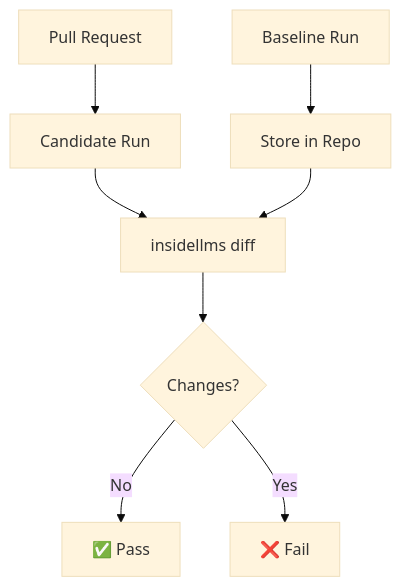
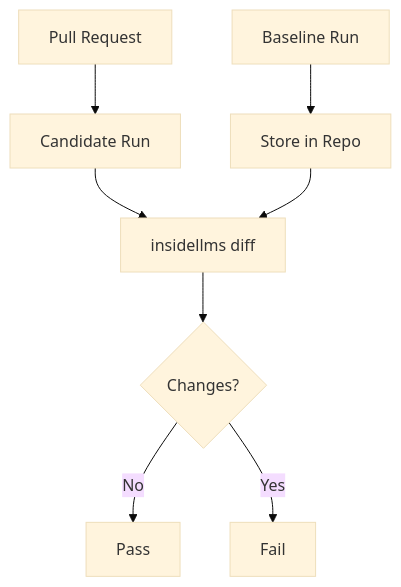
Before and after one commit to dr-gareth-roberts/insideLLMs: the second of 2 diagrams in wiki/concepts/Determinism.md, drawn with Mermaid (base theme). The commit also changed other lines of this file and 30 other files, not shown here.

````diff
--- a/wiki/concepts/Determinism.md
+++ b/wiki/concepts/Determinism.md
@@ -110,10 +110,10 @@
 ```mermaid
 graph TD
     Baseline[Baseline Run] --> Store[Store in Repo]
     PR[Pull Request] --> Candidate[Candidate Run]
     Candidate --> Diff[insidellms diff]
     Store --> Diff
     Diff --> Decision{Changes?}
-    Decision -->|No| Pass[✅ Pass]
-    Decision -->|Yes| Fail[❌ Fail]
+    Decision -->|No| Pass[Pass]
+    Decision -->|Yes| Fail[Fail]
 ```
````
